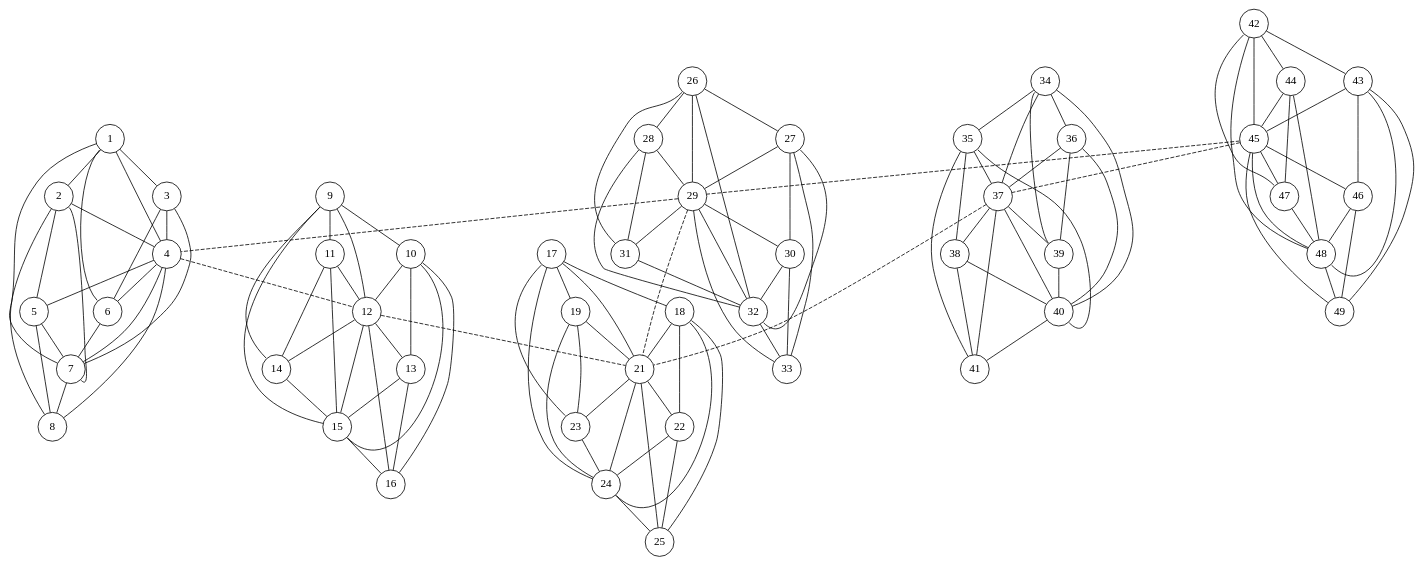
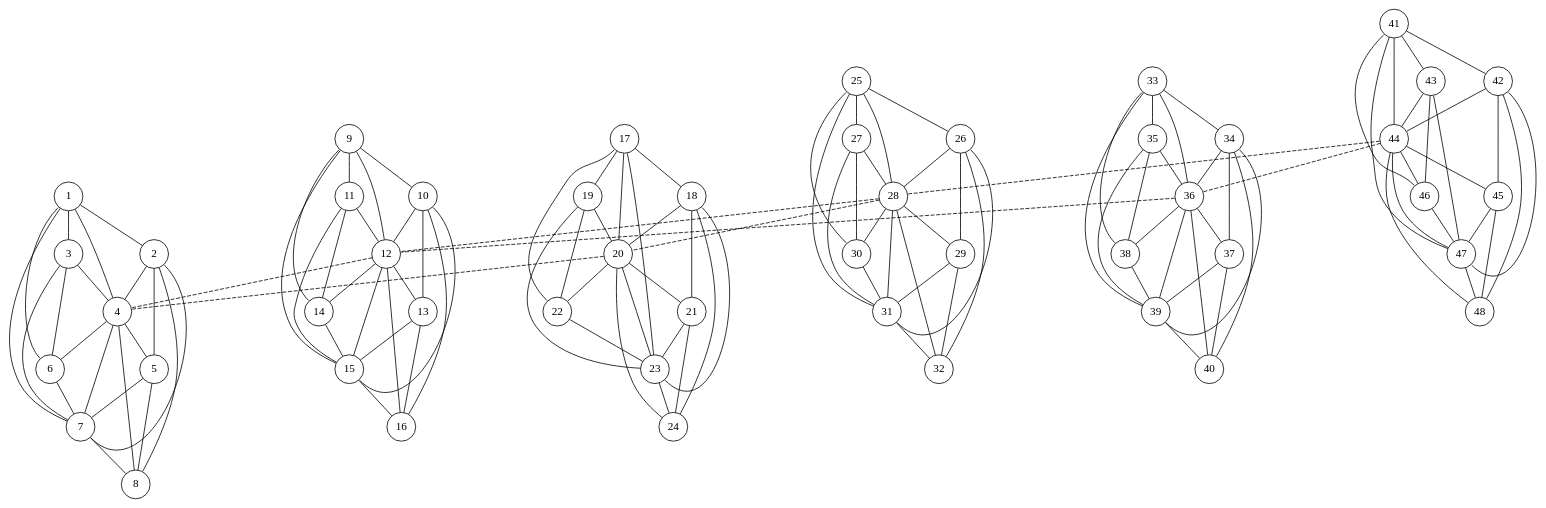
One commit to vladklokun/university-stuff changed the diagram in y03s02/computer-systems/coursework/02-report/assets/cluster-08-05-grid-s06.dot. Above: the diagram before and after it, drawn with Graphviz. The commit also changed 25 other files, not shown here.

Commit message:
Y03S02: Computer Systems: Coursework 01: update diagrams, fix figure and table placement. (Version 01).

```diff
--- a/y03s02/computer-systems/coursework/02-report/assets/cluster-08-05-grid-s06.dot
+++ b/y03s02/computer-systems/coursework/02-report/assets/cluster-08-05-grid-s06.dot
@@ -1,160 +1,160 @@
 /*
  * Build using:
  * neato -Tpdf -O cluster_08.dot
  *
  */
 graph {
 	graph [
 		overlap=true,
 		splines=true,
 		margin = "0,0",
 		fontname = "STIX Two Math",
 		esep = "0.5"
 	];
 
 	node [
 		shape=circle,
 		fixedsize=true, // don't allow nodes to change sizes dynamically
 		width=0.5, // relative to the underlying coordinate grid?
 		color="black", // node border color (X11 or HTML colors)
 		fillcolor="white", // node fill color (X11 or HTML colors)
 		fontname = "STIX Two Math",
 	];
 
 	edge [
 	];
 
-	c1n1 [pos="-02.00, 02.00!", label="1"];
-	c1n2 [pos="-01.00, 02.00!", label="2"];
-	c1n3 [pos="-02.50, 01.00!", label="3"];
-	c1n4 [pos="-01.50, 01.00!", label="4"];
-	c1n5 [pos="-00.50, 01.00!", label="5"];
-	c1n6 [pos="-03.00, 00.00!", label="6"];
-	c1n7 [pos="-02.00, 00.00!", label="7"];
-	c1n8 [pos="-01.00, 00.00!", label="8"];
+	c1n1 [pos="01.00, 02.00!", label="1"];
+	c1n2 [pos="02.00, 02.00!", label="2"];
+	c1n3 [pos="00.50, 01.00!", label="3"];
+	c1n4 [pos="01.50, 01.00!", label="4"];
+	c1n5 [pos="02.50, 01.00!", label="5"];
+	c1n6 [pos="00.00, 00.00!", label="6"];
+	c1n7 [pos="01.00, 00.00!", label="7"];
+	c1n8 [pos="02.00, 00.00!", label="8"];
 	subgraph 1 {
 		c1n1:sw -- c1n6:nw;
 		c1n1 -- {c1n3 c1n7 c1n4 c1n2};
 		c1n2 -- {c1n4 c1n8 c1n5};
 		c1n2:se -- c1n7:se;
 		c1n3 -- {c1n4 c1n7 c1n6};
 		c1n4 -- {c1n5 c1n8 c1n7 c1n6};
 		c1n5 -- {c1n7 c1n8};
 		c1n6 -- {c1n7};
 		c1n7 -- {c1n8 };
 		c1n8 -- {};
 	}
 
-	c2n1 [pos="-02.00, 05.00!", label="9"];
-	c2n2 [pos="-01.00, 05.00!", label="10"];
-	c2n3 [pos="-02.50, 04.00!", label="11"];
-	c2n4 [pos="-01.50, 04.00!", label="12"];
-	c2n5 [pos="-00.50, 04.00!", label="13"];
-	c2n6 [pos="-03.00, 03.00!", label="14"];
-	c2n7 [pos="-02.00, 03.00!", label="15"];
-	c2n8 [pos="-01.00, 03.00!", label="16"];
+	c2n1 [pos="04.00, 02.00!", label="9"];
+	c2n2 [pos="05.00, 02.00!", label="10"];
+	c2n3 [pos="03.50, 01.00!", label="11"];
+	c2n4 [pos="04.50, 01.00!", label="12"];
+	c2n5 [pos="05.50, 01.00!", label="13"];
+	c2n6 [pos="03.00, 00.00!", label="14"];
+	c2n7 [pos="04.00, 00.00!", label="15"];
+	c2n8 [pos="05.00, 00.00!", label="16"];
 	subgraph 2 {
 		c2n1:sw -- c2n6:nw;
 		c2n1 -- {c2n3 c2n7 c2n4 c2n2};
 		c2n2 -- {c2n4 c2n8 c2n5};
 		c2n2:se -- c2n7:se;
 		c2n3 -- {c2n4 c2n7 c2n6};
 		c2n4 -- {c2n5 c2n8 c2n7 c2n6};
 		c2n5 -- {c2n7 c2n8};
 		c2n6 -- {c2n7};
 		c2n7 -- {c2n8 };
 		c2n8 -- {};
 	}
 
-	c3n1 [pos="01.00, 05.00!", label="17"];
-	c3n2 [pos="02.00, 05.00!", label="18"];
-	c3n3 [pos="00.50, 04.00!", label="19"];
-	c3n4 [pos="01.50, 04.00!", label="21"];
-	c3n5 [pos="02.50, 04.00!", label="22"];
-	c3n6 [pos="00.00, 03.00!", label="23"];
-	c3n7 [pos="01.00, 03.00!", label="24"];
-	c3n8 [pos="02.00, 03.00!", label="25"];
+	c3n1 [pos="01.00, -01.00!", label="17"];
+	c3n2 [pos="02.00, -01.00!", label="18"];
+	c3n3 [pos="00.50, -02.00!", label="19"];
+	c3n4 [pos="01.50, -02.00!", label="20"];
+	c3n5 [pos="02.50, -02.00!", label="21"];
+	c3n6 [pos="00.00, -03.00!", label="22"];
+	c3n7 [pos="01.00, -03.00!", label="23"];
+	c3n8 [pos="02.00, -03.00!", label="24"];
 	subgraph 3 {
 		c3n1:sw -- c3n6:nw;
 		c3n1 -- {c3n3 c3n7 c3n4 c3n2};
 		c3n2 -- {c3n4 c3n8 c3n5};
 		c3n2:se -- c3n7:se;
 		c3n3 -- {c3n4 c3n7 c3n6};
 		c3n4 -- {c3n5 c3n8 c3n7 c3n6};
 		c3n5 -- {c3n7 c3n8};
 		c3n6 -- {c3n7};
 		c3n7 -- {c3n8 };
 		c3n8 -- {};
 	}
 
-	c4n1 [pos="01.00, 02.00!", label="26"];
-	c4n2 [pos="02.00, 02.00!", label="27"];
-	c4n3 [pos="00.50, 01.00!", label="28"];
-	c4n4 [pos="01.50, 01.00!", label="29"];
-	c4n5 [pos="02.50, 01.00!", label="30"];
-	c4n6 [pos="00.00, 00.00!", label="31"];
-	c4n7 [pos="01.00, 00.00!", label="32"];
-	c4n8 [pos="02.00, 00.00!", label="33"];
+	c4n1 [pos="04.00, -01.00!", label="25"];
+	c4n2 [pos="05.00, -01.00!", label="26"];
+	c4n3 [pos="03.50, -02.00!", label="27"];
+	c4n4 [pos="04.50, -02.00!", label="28"];
+	c4n5 [pos="05.50, -02.00!", label="29"];
+	c4n6 [pos="03.00, -03.00!", label="30"];
+	c4n7 [pos="04.00, -03.00!", label="31"];
+	c4n8 [pos="05.00, -03.00!", label="32"];
 	subgraph 4 {
 		c4n1:sw -- c4n6:nw;
 		c4n1 -- {c4n3 c4n7 c4n4 c4n2};
 		c4n2 -- {c4n4 c4n8 c4n5};
 		c4n2:se -- c4n7:se;
 		c4n3 -- {c4n4 c4n7 c4n6};
 		c4n4 -- {c4n5 c4n8 c4n7 c4n6};
 		c4n5 -- {c4n7 c4n8};
 		c4n6 -- {c4n7};
 		c4n7 -- {c4n8 };
 		c4n8 -- {};
 	}
 
-	c5n1 [pos="04.00, 05.00!", label="34"];
-	c5n2 [pos="05.00, 05.00!", label="35"];
-	c5n3 [pos="03.50, 04.00!", label="36"];
-	c5n4 [pos="04.50, 04.00!", label="37"];
-	c5n5 [pos="05.50, 04.00!", label="38"];
-	c5n6 [pos="03.00, 03.00!", label="39"];
-	c5n7 [pos="04.00, 03.00!", label="40"];
-	c5n8 [pos="05.00, 03.00!", label="41"];
+	c5n1 [pos="07.00, 02.00!", label="33"];
+	c5n2 [pos="08.00, 02.00!", label="34"];
+	c5n3 [pos="06.50, 01.00!", label="35"];
+	c5n4 [pos="07.50, 01.00!", label="36"];
+	c5n5 [pos="08.50, 01.00!", label="37"];
+	c5n6 [pos="06.00, 00.00!", label="38"];
+	c5n7 [pos="07.00, 00.00!", label="39"];
+	c5n8 [pos="08.00, 00.00!", label="40"];
 	subgraph 5 {
 		c5n1:sw -- c5n6:nw;
 		c5n1 -- {c5n3 c5n7 c5n4 c5n2};
 		c5n2 -- {c5n4 c5n8 c5n5};
 		c5n2:se -- c5n7:se;
 		c5n3 -- {c5n4 c5n7 c5n6};
 		c5n4 -- {c5n5 c5n8 c5n7 c5n6};
 		c5n5 -- {c5n7 c5n8};
 		c5n6 -- {c5n7};
 		c5n7 -- {c5n8 };
 		c5n8 -- {};
 	}
 
-	c6n1 [pos="04.00, 02.00!", label="42"];
-	c6n2 [pos="05.00, 02.00!", label="43"];
-	c6n3 [pos="03.50, 01.00!", label="44"];
-	c6n4 [pos="04.50, 01.00!", label="45"];
-	c6n5 [pos="05.50, 01.00!", label="46"];
-	c6n6 [pos="03.00, 00.00!", label="47"];
-	c6n7 [pos="04.00, 00.00!", label="48"];
-	c6n8 [pos="05.00, 00.00!", label="49"];
+	c6n1 [pos="07.00, -01.00!", label="41"];
+	c6n2 [pos="08.00, -01.00!", label="42"];
+	c6n3 [pos="06.50, -02.00!", label="43"];
+	c6n4 [pos="07.50, -02.00!", label="44"];
+	c6n5 [pos="08.50, -02.00!", label="45"];
+	c6n6 [pos="06.00, -03.00!", label="46"];
+	c6n7 [pos="07.00, -03.00!", label="47"];
+	c6n8 [pos="08.00, -03.00!", label="48"];
 	subgraph 6 {
 		c6n1:sw -- c6n6:nw;
 		c6n1 -- {c6n3 c6n7 c6n4 c6n2};
 		c6n2 -- {c6n4 c6n8 c6n5};
 		c6n2:se -- c6n7:se;
 		c6n3 -- {c6n4 c6n7 c6n6};
 		c6n4 -- {c6n5 c6n8 c6n7 c6n6};
 		c6n5 -- {c6n7 c6n8};
 		c6n6 -- {c6n7};
 		c6n7 -- {c6n8 };
 		c6n8 -- {};
 	}
 
-	c1n4 -- c2n4 [style = dashed];
-	c2n4 -- c3n4 [style = dashed];
-	c4n4 -- c1n4 [style = dashed];
+	c2n4 -- c1n4 [style = dashed];
+	c3n4 -- c1n4 [style = dashed];
 	c4n4 -- c3n4 [style = dashed];
-	c5n4 -- c3n4 [style = dashed];
+	c4n4 -- c2n4 [style = dashed];
+	c5n4 -- c2n4 [style = dashed];
+	c6n4 -- c5n4 [style = dashed];
 	c6n4 -- c4n4 [style = dashed];
-	c6n4 -- c5n4 [style = dashed];
 }
```
